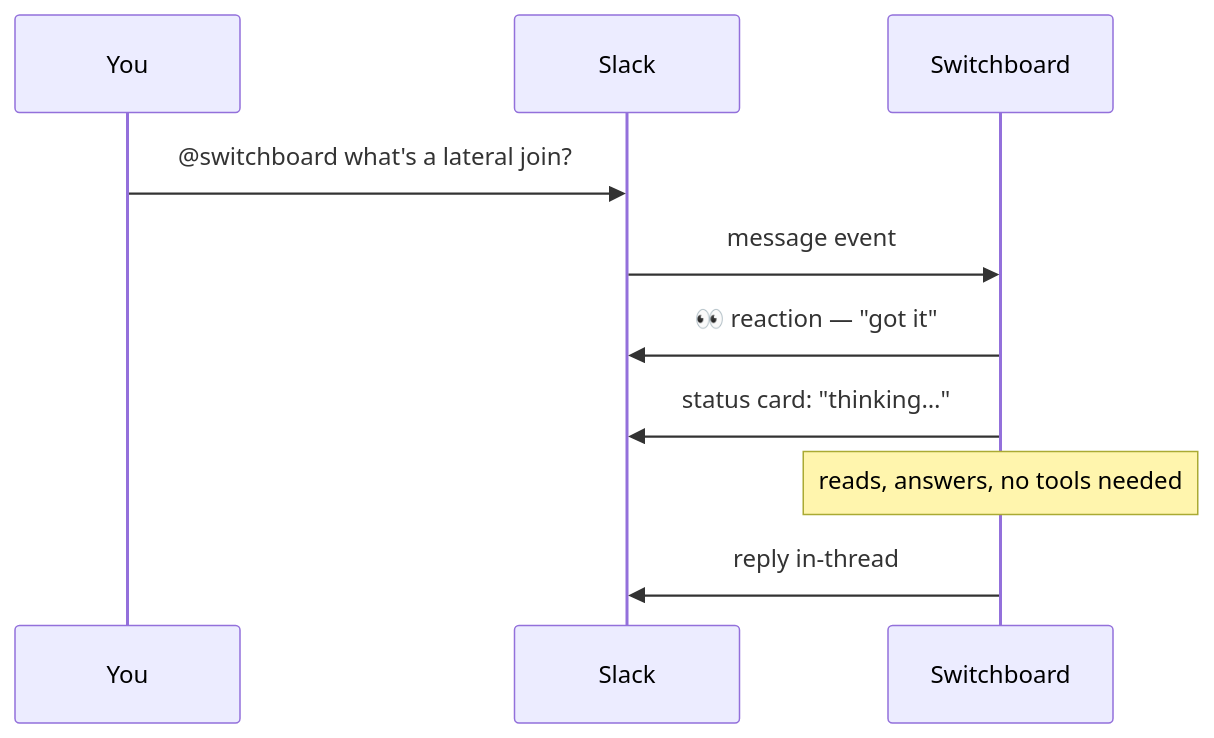
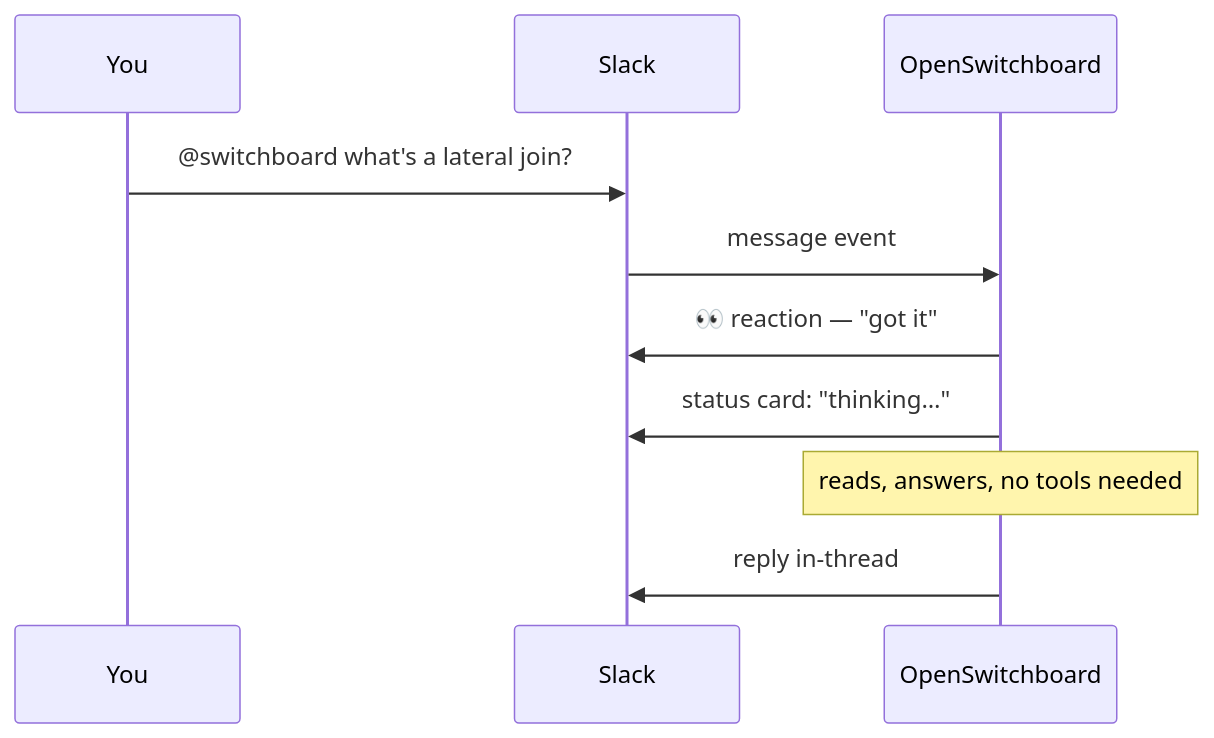
The diagram in docs/tutorials/first-request-in-slack.md (coreplanelabs/switchboard), drawn with Mermaid before and after one commit. The commit also changed 22 other files, not shown here.

First line of the commit message:
docs(docs): every diagram shares one visual system, and the four seams and the deploy order are drawn from one source each

````diff
--- a/docs/tutorials/first-request-in-slack.md
+++ b/docs/tutorials/first-request-in-slack.md
@@ -15,13 +15,13 @@
 ```mermaid
 sequenceDiagram
     participant You
     participant Slack
-    participant Switchboard
+    participant OpenSwitchboard
 
     You->>Slack: @switchboard what's a lateral join?
-    Slack->>Switchboard: message event
-    Switchboard->>Slack: 👀 reaction — "got it"
-    Switchboard->>Slack: status card: "thinking…"
-    Note over Switchboard: reads, answers, no tools needed
-    Switchboard->>Slack: reply in-thread
+    Slack->>OpenSwitchboard: message event
+    OpenSwitchboard->>Slack: 👀 reaction — "got it"
+    OpenSwitchboard->>Slack: status card: "thinking…"
+    Note over OpenSwitchboard: reads, answers, no tools needed
+    OpenSwitchboard->>Slack: reply in-thread
 ```
````
